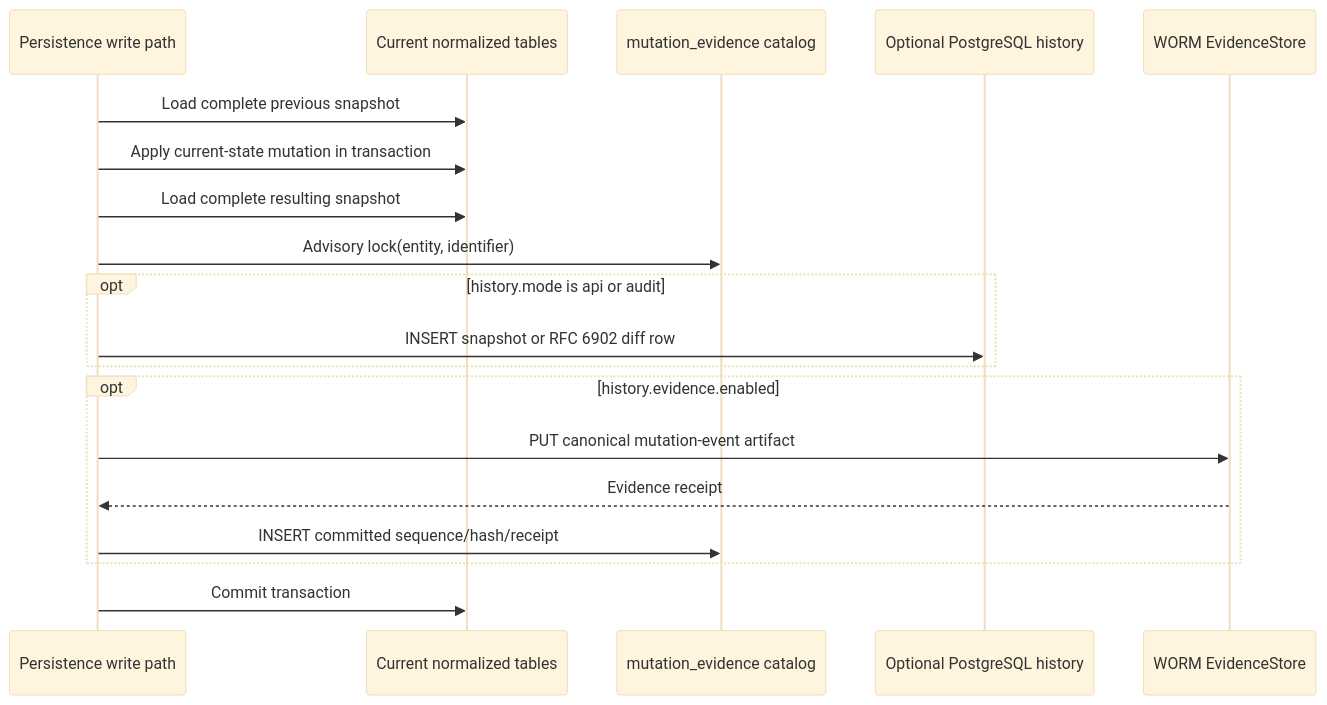
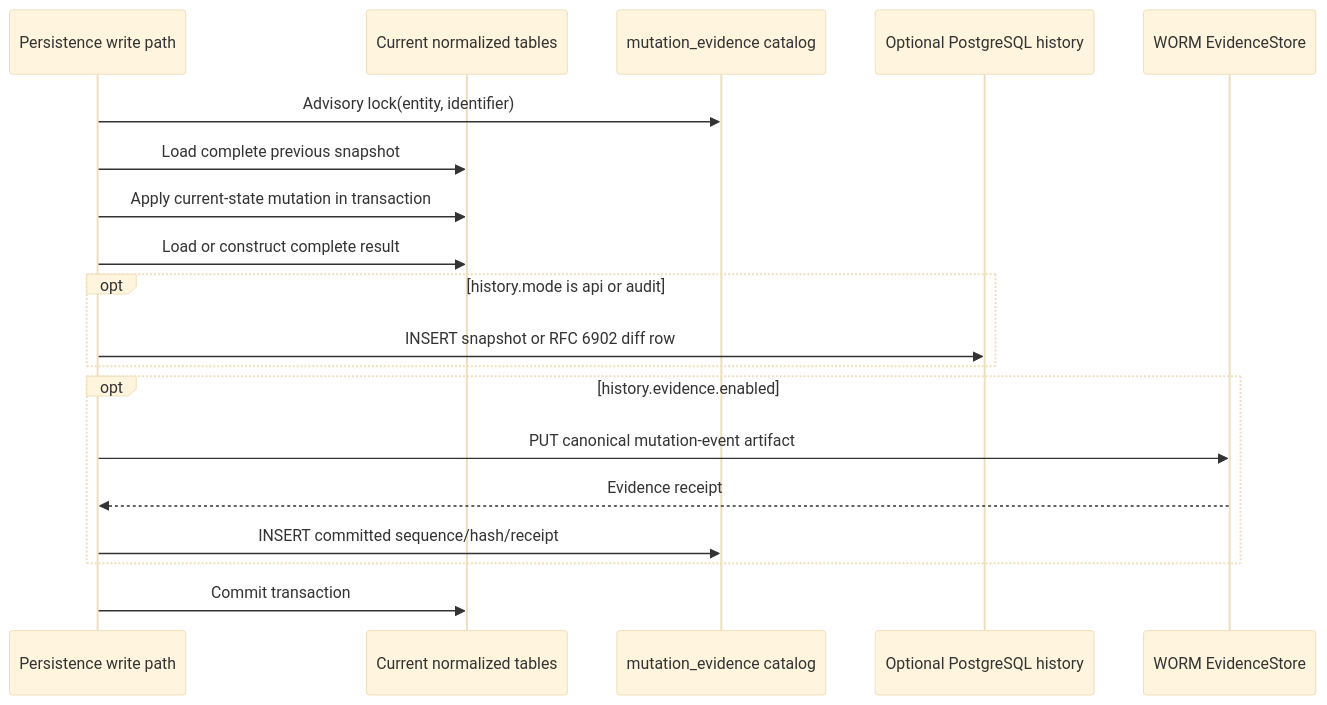
Before and after one commit to eclipse-basyx/basyx-go-components: the first of 3 diagrams in docu/developer/aas_v3_2_runtime.md, drawn with Mermaid (base theme). The commit also changed other lines of this file and 20 other files, not shown here.

````diff
--- a/docu/developer/aas_v3_2_runtime.md
+++ b/docu/developer/aas_v3_2_runtime.md
@@ -121,21 +121,21 @@
 ```mermaid
 sequenceDiagram
     participant API as Persistence write path
     participant Live as Current normalized tables
     participant Catalog as mutation_evidence catalog
     participant History as Optional PostgreSQL history
     participant Evidence as WORM EvidenceStore
+    API->>Catalog: Advisory lock(entity, identifier)
     API->>Live: Load complete previous snapshot
     API->>Live: Apply current-state mutation in transaction
-    API->>Live: Load complete resulting snapshot
-    API->>Catalog: Advisory lock(entity, identifier)
+    API->>Live: Load or construct complete result
     opt history.mode is api or audit
         API->>History: INSERT snapshot or RFC 6902 diff row
     end
     opt history.evidence.enabled
         API->>Evidence: PUT canonical mutation-event artifact
         Evidence-->>API: Evidence receipt
         API->>Catalog: INSERT committed sequence/hash/receipt
     end
     API->>Live: Commit transaction
 ```
````
